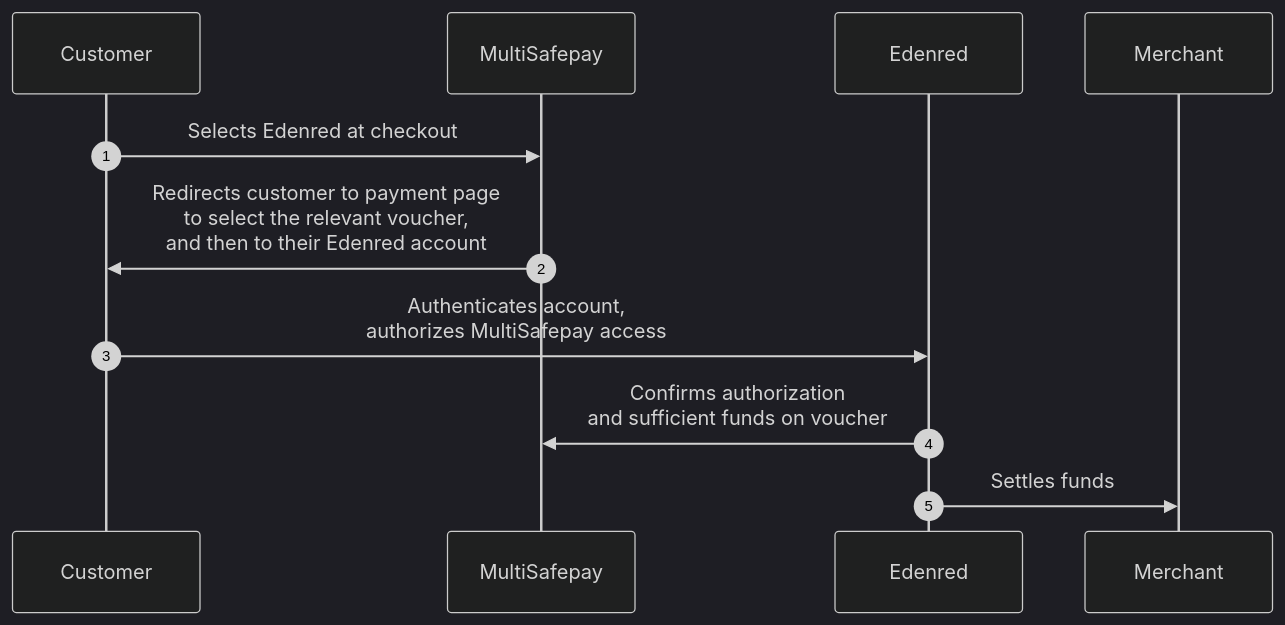
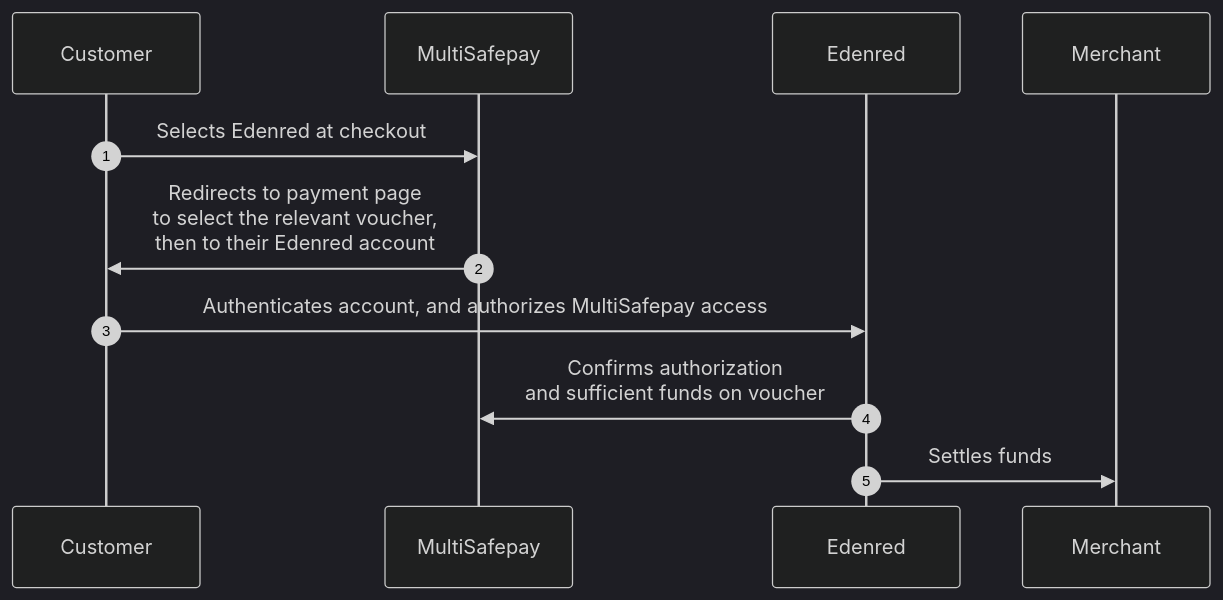
One commit to MultiSafepay/docs changed the diagram in content/payments/methods/prepaid-cards/edenred/payment-flow.md. Above: the diagram before and after it, drawn with Mermaid (dark theme). The commit also changed 35 other files, not shown here.

```diff
--- a/content/payments/methods/prepaid-cards/edenred/payment-flow.md
+++ b/content/payments/methods/prepaid-cards/edenred/payment-flow.md
@@ -15,16 +15,16 @@
 {{< mermaid class="text-center" >}}
 
 sequenceDiagram
     autonumber
     participant C as Customer
     participant Mu as MultiSafepay
     participant E as Edenred
     participant Me as Merchant
 
     C->>Mu: Selects Edenred at checkout
-    Mu->>C: Redirects customer to payment page <br> to select the relevant voucher, <br> and then to their Edenred account
-    C->>E: Authenticates account, <br> authorizes MultiSafepay access
+    Mu->>C: Redirects to payment page <br> to select the relevant voucher, <br> then to their Edenred account
+    C->>E: Authenticates account, and authorizes MultiSafepay access
     E->>Mu: Confirms authorization <br> and sufficient funds on voucher
     E->>Me: Settles funds
 
 {{< /mermaid >}}
```
